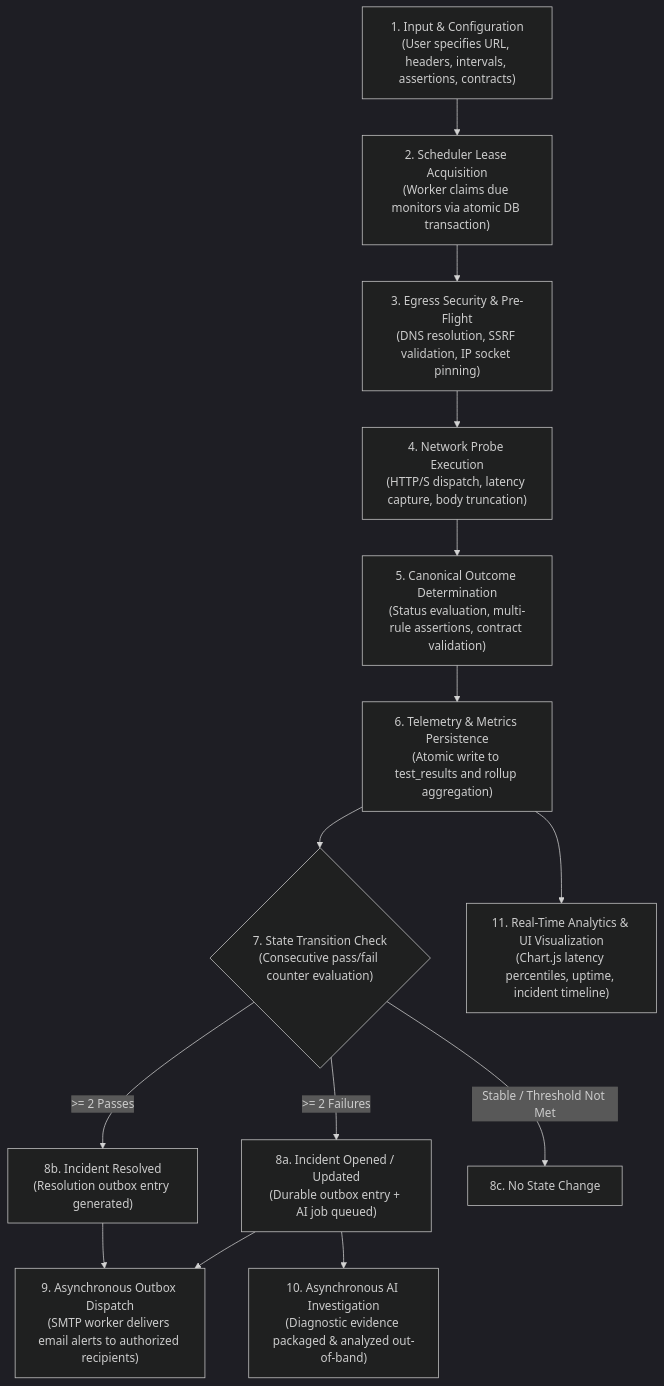
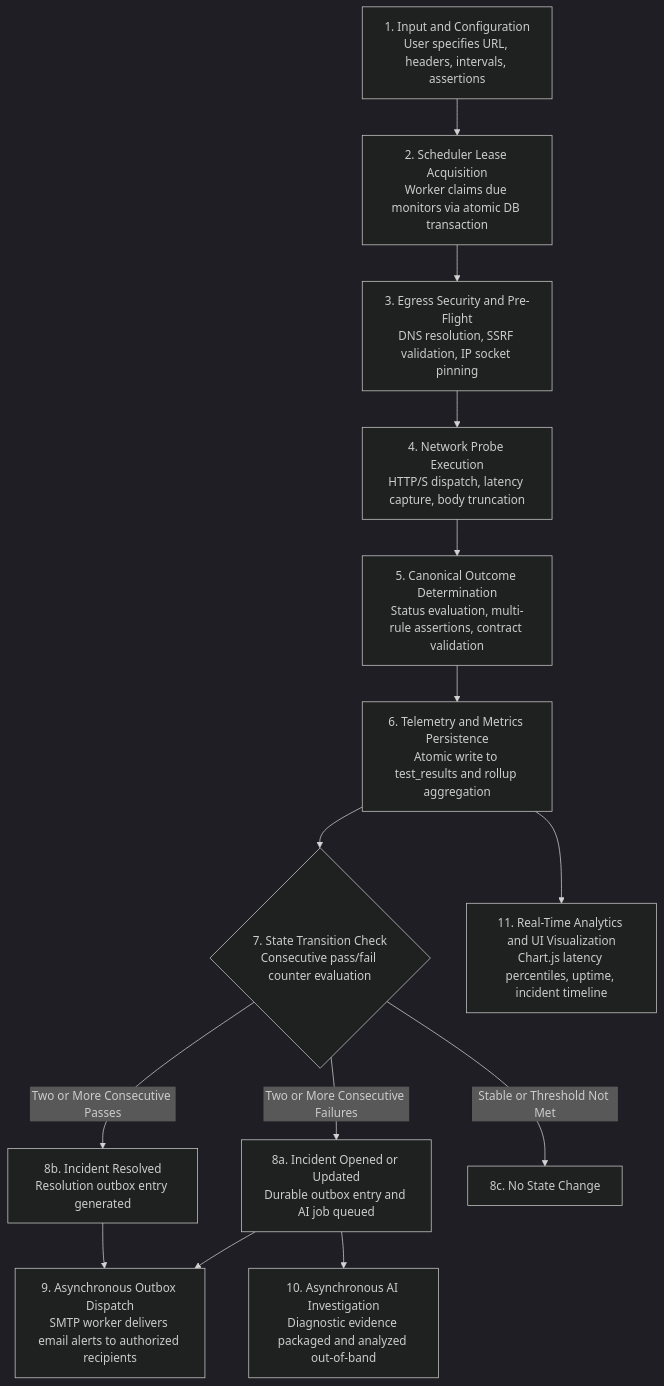
One commit to ritesh0w0/APIDash changed the diagram in docs/architecture/methodology.md. Above: the diagram before and after it, drawn with Mermaid (dark theme). The commit also changed other lines of this file and 18 other files, not shown here.

Commit message:
fix(docs): resolve GitHub Mermaid parser syntax errors across all diagrams

````diff
--- a/docs/architecture/methodology.md
+++ b/docs/architecture/methodology.md
@@ -9,19 +9,19 @@
 ```mermaid
 flowchart TD
-    A["1. Input & Configuration<br/>(User specifies URL, headers, intervals, assertions, contracts)"] --> B["2. Scheduler Lease Acquisition<br/>(Worker claims due monitors via atomic DB transaction)"]
-    B --> C["3. Egress Security & Pre-Flight<br/>(DNS resolution, SSRF validation, IP socket pinning)"]
-    C --> D["4. Network Probe Execution<br/>(HTTP/S dispatch, latency capture, body truncation)"]
-    D --> E["5. Canonical Outcome Determination<br/>(Status evaluation, multi-rule assertions, contract validation)"]
-    E --> F["6. Telemetry & Metrics Persistence<br/>(Atomic write to test_results and rollup aggregation)"]
-    F --> G{"7. State Transition Check<br/>(Consecutive pass/fail counter evaluation)"}
+    A["1. Input and Configuration<br/>User specifies URL, headers, intervals, assertions"] --> B["2. Scheduler Lease Acquisition<br/>Worker claims due monitors via atomic DB transaction"]
+    B --> C["3. Egress Security and Pre-Flight<br/>DNS resolution, SSRF validation, IP socket pinning"]
+    C --> D["4. Network Probe Execution<br/>HTTP/S dispatch, latency capture, body truncation"]
+    D --> E["5. Canonical Outcome Determination<br/>Status evaluation, multi-rule assertions, contract validation"]
+    E --> F["6. Telemetry and Metrics Persistence<br/>Atomic write to test_results and rollup aggregation"]
+    F --> G{"7. State Transition Check<br/>Consecutive pass/fail counter evaluation"}
     
-    G -->|>= 2 Failures| H["8a. Incident Opened / Updated<br/>(Durable outbox entry + AI job queued)"]
-    G -->|>= 2 Passes| I["8b. Incident Resolved<br/>(Resolution outbox entry generated)"]
-    G -->|Stable / Threshold Not Met| J["8c. No State Change"]
+    G -->|Two or More Consecutive Failures| H["8a. Incident Opened or Updated<br/>Durable outbox entry and AI job queued"]
+    G -->|Two or More Consecutive Passes| I["8b. Incident Resolved<br/>Resolution outbox entry generated"]
+    G -->|Stable or Threshold Not Met| J["8c. No State Change"]
 
-    H --> K["9. Asynchronous Outbox Dispatch<br/>(SMTP worker delivers email alerts to authorized recipients)"]
-    H --> L["10. Asynchronous AI Investigation<br/>(Diagnostic evidence packaged & analyzed out-of-band)"]
+    H --> K["9. Asynchronous Outbox Dispatch<br/>SMTP worker delivers email alerts to authorized recipients"]
+    H --> L["10. Asynchronous AI Investigation<br/>Diagnostic evidence packaged and analyzed out-of-band"]
     I --> K
 
-    F --> M["11. Real-Time Analytics & UI Visualization<br/>(Chart.js latency percentiles, uptime, incident timeline)"]
+    F --> M["11. Real-Time Analytics and UI Visualization<br/>Chart.js latency percentiles, uptime, incident timeline"]
 ```
````
